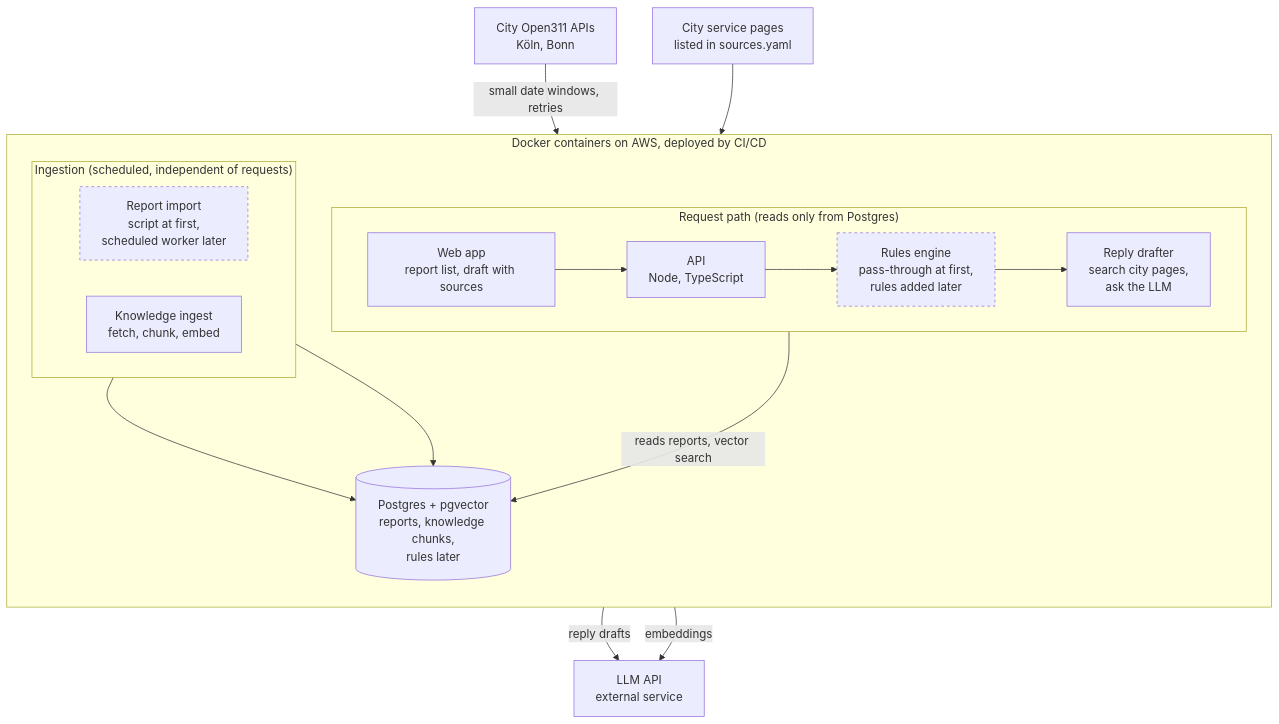
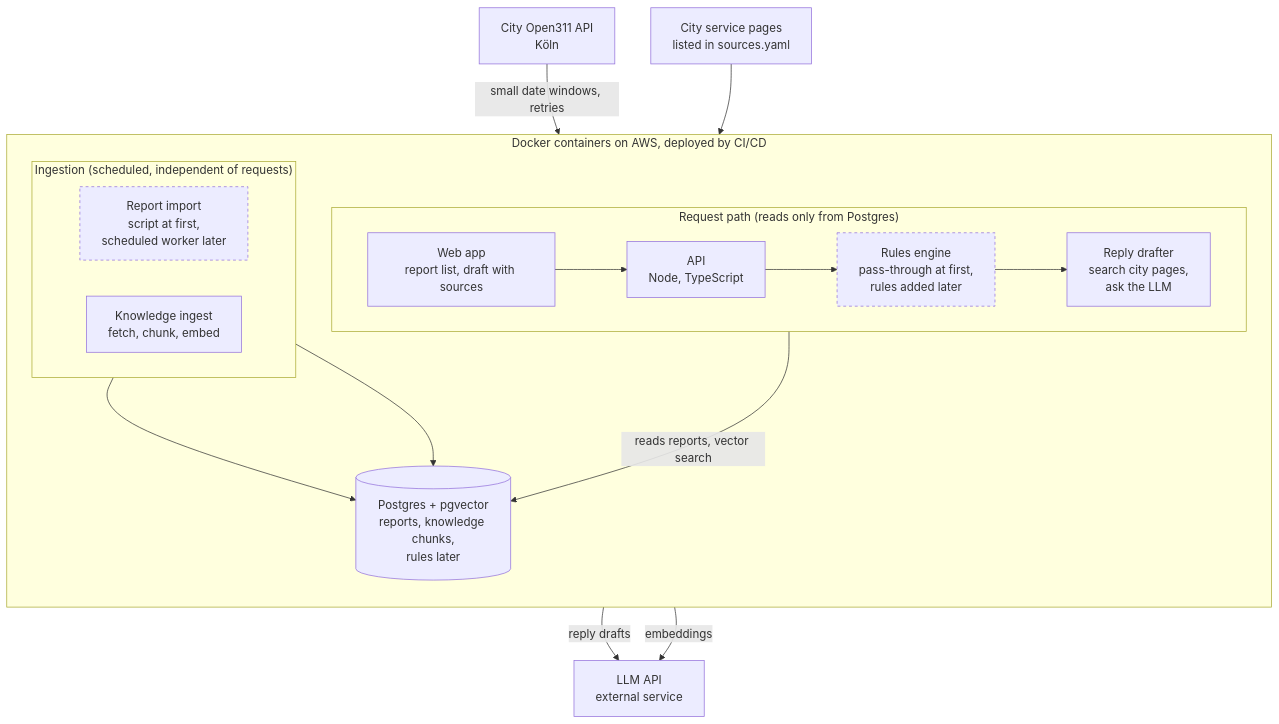
The diagram in docs/DESIGN.md (dariooliveirajr/civic-report-triage), drawn with Mermaid before and after one commit. The commit also changed other lines of this file and 3 other files, not shown here.

````diff
--- a/docs/DESIGN.md
+++ b/docs/DESIGN.md
@@ -24,28 +24,28 @@
 ```mermaid
 flowchart TB
-  cities["City Open311 APIs<br/>Köln, Bonn"]
+  cities["City Open311 API<br/>Köln"]
   pages["City service pages<br/>listed in sources.yaml"]
   llm["LLM API<br/>external service"]
   subgraph aws["Docker containers on AWS, deployed by CI/CD"]
     direction TB
     subgraph req["Request path (reads only from Postgres)"]
       direction LR
       web["Web app<br/>report list, draft with sources"] --> api["API<br/>Node, TypeScript"] --> rules["Rules engine<br/>pass-through at first,<br/>rules added later"] --> drafter["Reply drafter<br/>search city pages,<br/>ask the LLM"]
     end
     subgraph ingest["Ingestion (scheduled, independent of requests)"]
       direction LR
       importer["Report import<br/>script at first,<br/>scheduled worker later"]
       kb["Knowledge ingest<br/>fetch, chunk, embed"]
     end
     db[("Postgres + pgvector<br/>reports, knowledge chunks,<br/>rules later")]
     req -->|"reads reports, vector search"| db
     importer --> db
     kb --> db
   end
   cities -->|"small date windows, retries"| importer
   pages --> kb
   drafter -->|"reply drafts"| llm
   kb -->|"embeddings"| llm
   style rules stroke-dasharray: 4 4
   style importer stroke-dasharray: 4 4
 ```
````
